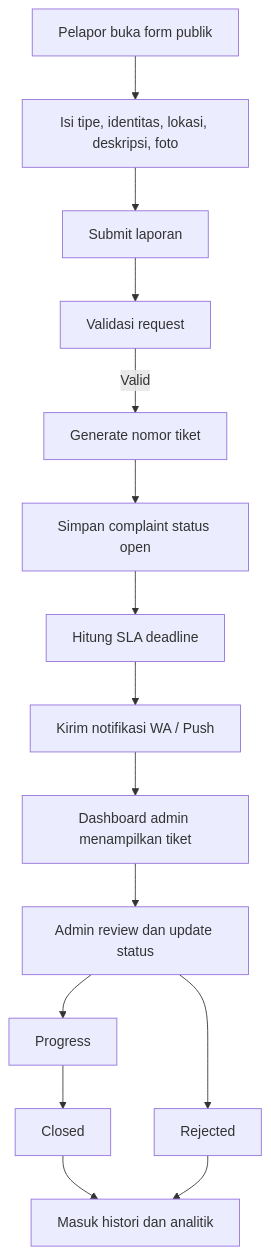
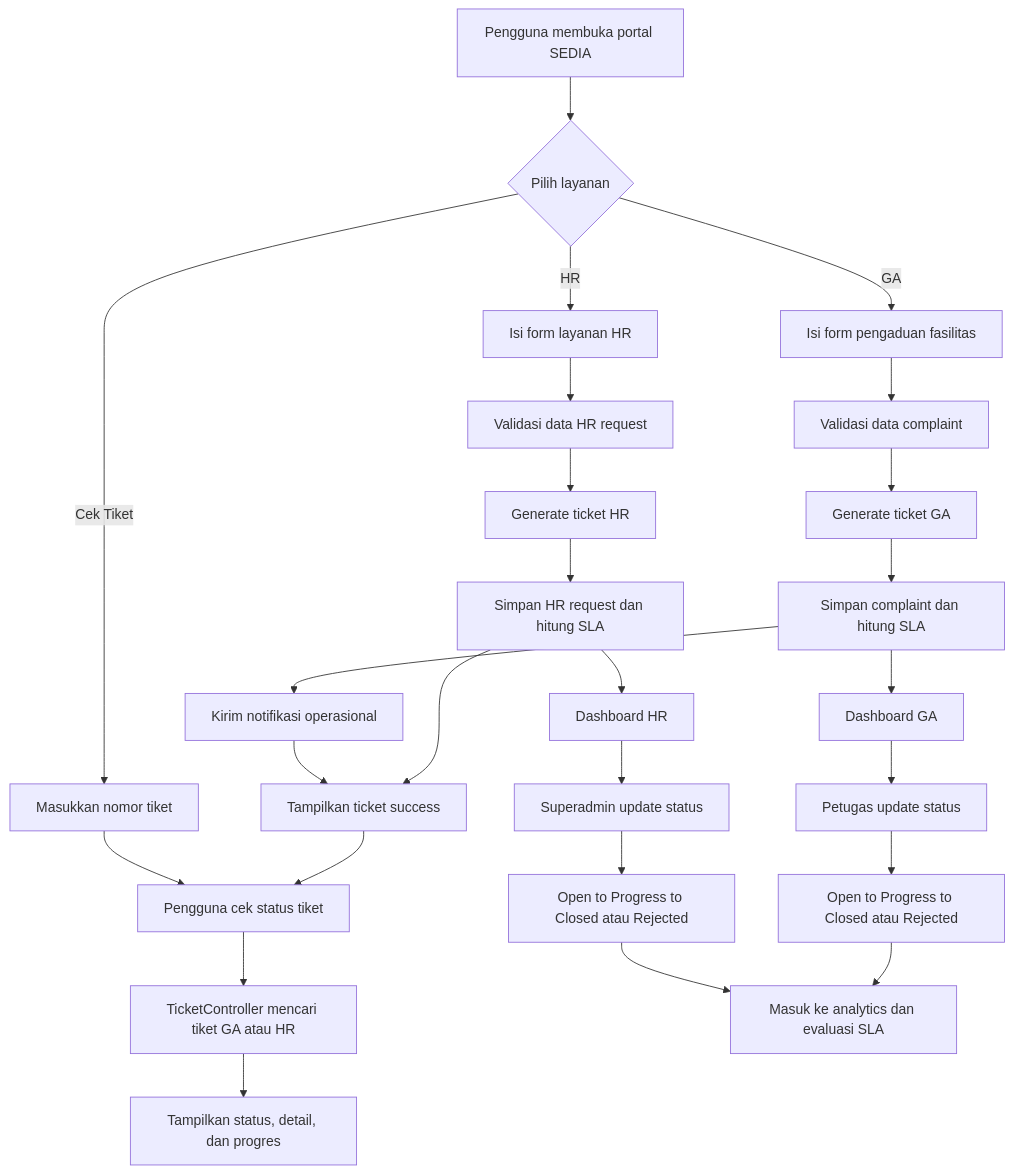
The first of 4 diagrams in README.md (eddyyucca/SCM-facility-compliance), drawn with Mermaid before and after one commit. The commit also changed other lines of this file and 35 other files, not shown here.

````diff
--- a/README.md
+++ b/README.md
@@ -81,17 +125,38 @@
 ```mermaid
 flowchart TD
-    A[Pelapor buka form publik] --> B[Isi tipe, identitas, lokasi, deskripsi, foto]
-    B --> C[Submit laporan]
-    C --> D[Validasi request]
-    D -->|Valid| E[Generate nomor tiket]
-    E --> F[Simpan complaint status open]
-    F --> G[Hitung SLA deadline]
-    G --> H[Kirim notifikasi WA / Push]
-    H --> I[Dashboard admin menampilkan tiket]
-    I --> J[Admin review dan update status]
-    J --> K[Progress]
-    J --> L[Rejected]
-    K --> M[Closed]
-    M --> N[Masuk histori dan analitik]
-    L --> N
+    A[Pengguna membuka portal SEDIA] --> B{Pilih layanan}
+    B -->|GA| C[Isi form pengaduan fasilitas]
+    B -->|HR| D[Isi form layanan HR]
+    B -->|Cek Tiket| E[Masukkan nomor tiket]
+
+    C --> F[Validasi data complaint]
+    D --> G[Validasi data HR request]
+
+    F --> H[Generate ticket GA]
+    G --> I[Generate ticket HR]
+
+    H --> J[Simpan complaint dan hitung SLA]
+    I --> K[Simpan HR request dan hitung SLA]
+
+    J --> L[Kirim notifikasi operasional]
+    K --> M[Tampilkan ticket success]
+    L --> M
+
+    M --> N[Pengguna cek status tiket]
+    E --> N
+
+    N --> O[TicketController mencari tiket GA atau HR]
+    O --> P[Tampilkan status, detail, dan progres]
+
+    J --> Q[Dashboard GA]
+    K --> R[Dashboard HR]
+
+    Q --> S[Petugas update status]
+    R --> T[Superadmin update status]
+
+    S --> U[Open to Progress to Closed atau Rejected]
+    T --> V[Open to Progress to Closed atau Rejected]
+
+    U --> W[Masuk ke analytics dan evaluasi SLA]
+    V --> W
 ```
````
